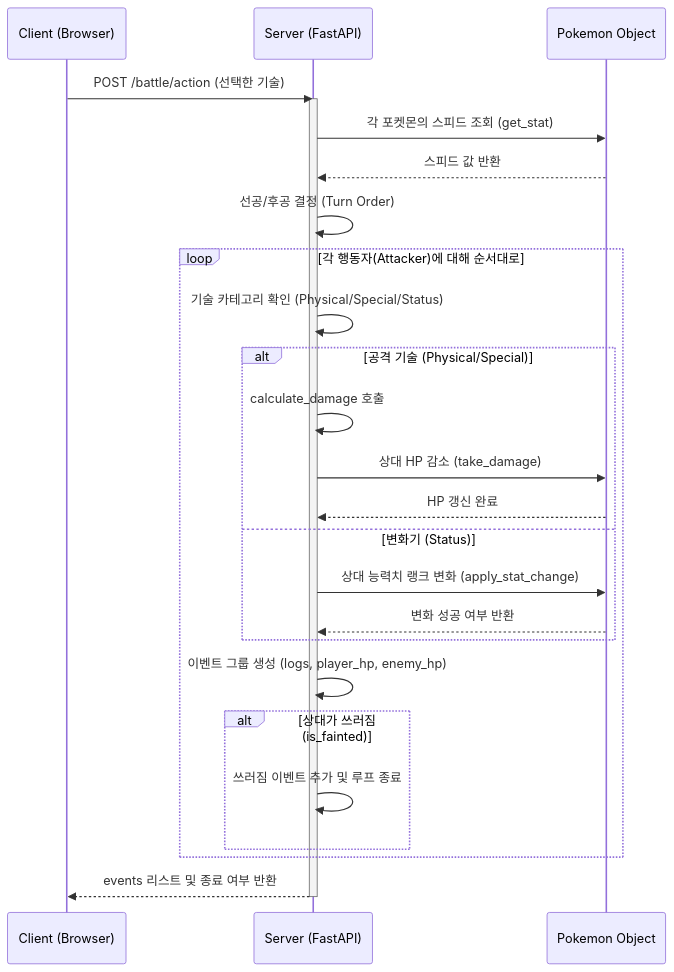
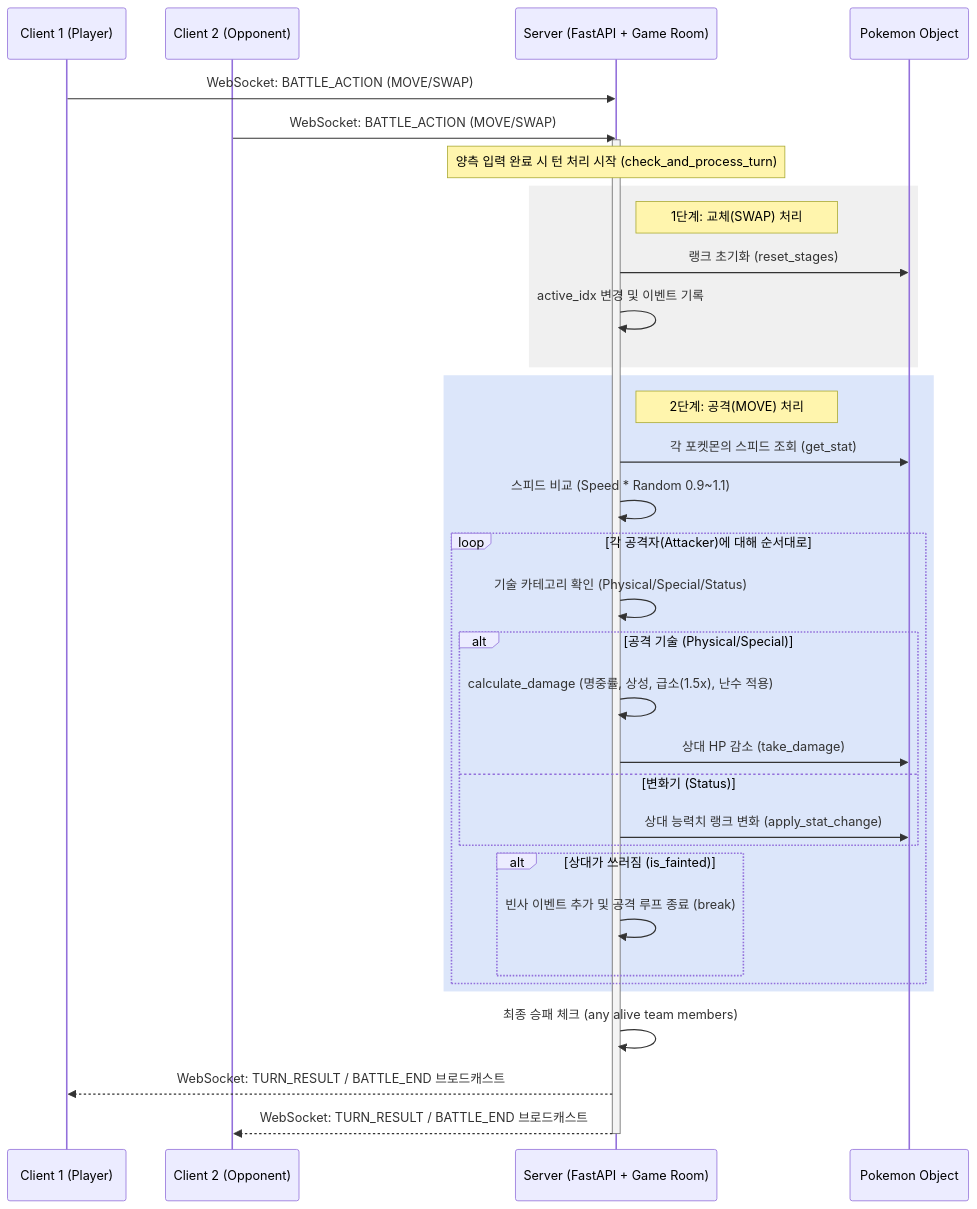
The first of 3 diagrams in docs/markdown/battle_flow.md (reha-design/pokemon), drawn with Mermaid before and after one commit. The commit also changed 2 other files, not shown here.

Commit message:
Docs: Update documentation content to match latest code implementation

````diff
--- a/docs/markdown/battle_flow.md
+++ b/docs/markdown/battle_flow.md
@@ -7,34 +7,45 @@
 ```mermaid
 sequenceDiagram
-    participant C as Client (Browser)
-    participant S as Server (FastAPI)
+    participant C1 as Client 1 (Player)
+    participant C2 as Client 2 (Opponent)
+    participant S as Server (FastAPI + Game Room)
     participant P as Pokemon Object
 
-    C->>S: POST /battle/action (선택한 기술)
+    C1->>S: WebSocket: BATTLE_ACTION (MOVE/SWAP)
+    C2->>S: WebSocket: BATTLE_ACTION (MOVE/SWAP)
+    
     activate S
+    Note over S: 양측 입력 완료 시 턴 처리 시작 (check_and_process_turn)
+    
+    rect rgb(240, 240, 240)
+    Note right of S: 1단계: 교체(SWAP) 처리
+    S->>P: 랭크 초기화 (reset_stages)
+    S->>S: active_idx 변경 및 이벤트 기록
+    end
+
+    rect rgb(220, 230, 250)
+    Note right of S: 2단계: 공격(MOVE) 처리
     S->>P: 각 포켓몬의 스피드 조회 (get_stat)
-    P-->>S: 스피드 값 반환
-    S->>S: 선공/후공 결정 (Turn Order)
-
-    loop 각 행동자(Attacker)에 대해 순서대로
+    S->>S: 스피드 비교 (Speed * Random 0.9~1.1)
+    
+    loop 각 공격자(Attacker)에 대해 순서대로
         S->>S: 기술 카테고리 확인 (Physical/Special/Status)
         
         alt 공격 기술 (Physical/Special)
-            S->>S: calculate_damage 호출
+            S->>S: calculate_damage (명중률, 상성, 급소(1.5x), 난수 적용)
             S->>P: 상대 HP 감소 (take_damage)
-            P-->>S: HP 갱신 완료
         else 변화기 (Status)
             S->>P: 상대 능력치 랭크 변화 (apply_stat_change)
-            P-->>S: 변화 성공 여부 반환
         end
         
-        S->>S: 이벤트 그룹 생성 (logs, player_hp, enemy_hp)
-        
         alt 상대가 쓰러짐 (is_fainted)
-            S->>S: 쓰러짐 이벤트 추가 및 루프 종료
+            S->>S: 빈사 이벤트 추가 및 공격 루프 종료 (break)
         end
     end
+    end
 
-    S-->>C: events 리스트 및 종료 여부 반환
+    S->>S: 최종 승패 체크 (any alive team members)
+    S-->>C1: WebSocket: TURN_RESULT / BATTLE_END 브로드캐스트
+    S-->>C2: WebSocket: TURN_RESULT / BATTLE_END 브로드캐스트
     deactivate S
 ```
````
